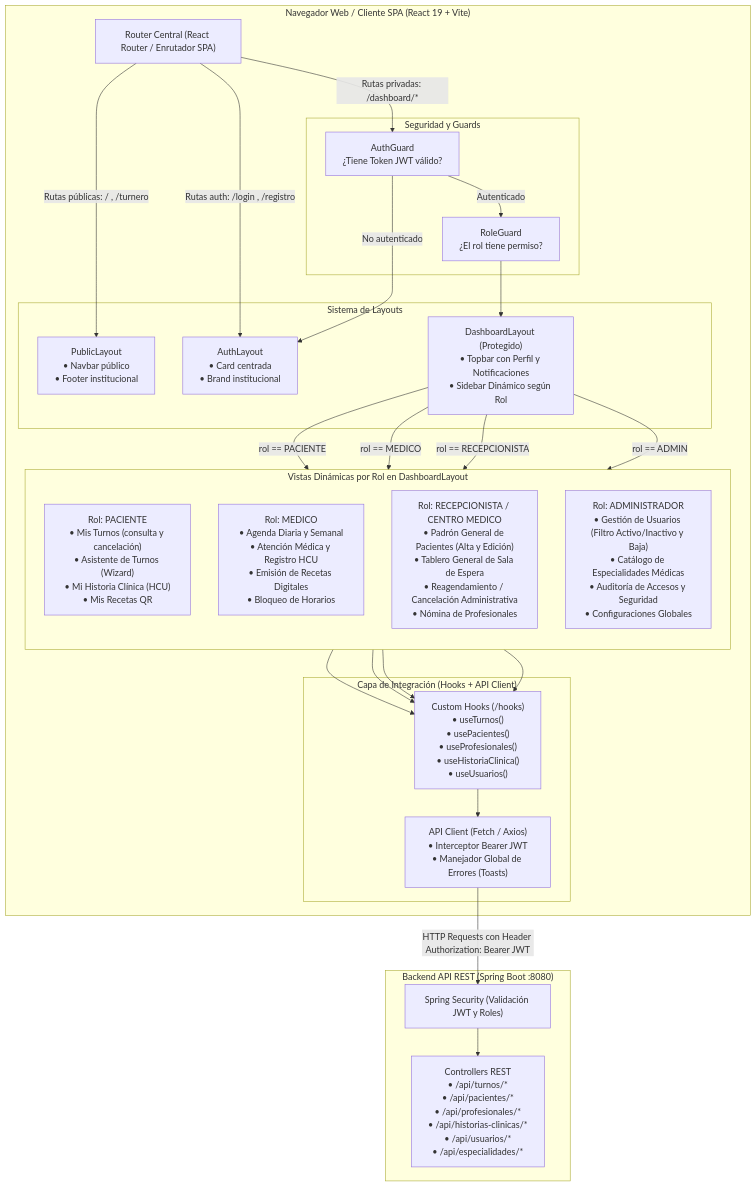
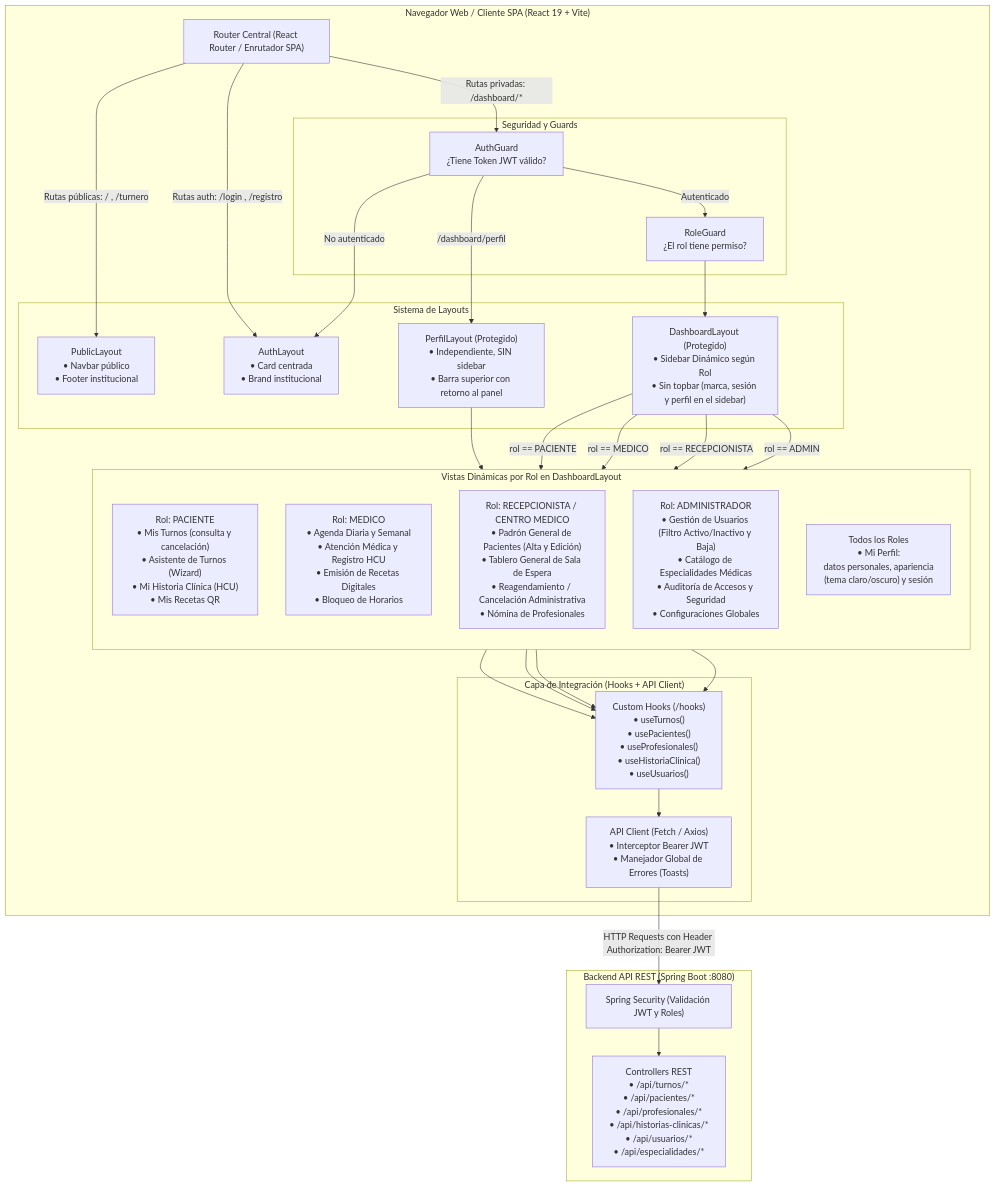
Before and after one commit to RicardoCejas/Esu-Frontend: the first of 2 diagrams in docs/architecture/FRONTEND_RBAC_ARCHITECTURE.md, drawn with Mermaid. The commit also changed other lines of this file and 1 other file, not shown here.

````diff
--- a/docs/architecture/FRONTEND_RBAC_ARCHITECTURE.md
+++ b/docs/architecture/FRONTEND_RBAC_ARCHITECTURE.md
@@ -9,58 +9,63 @@
 ```mermaid
 flowchart TD
     subgraph Client["Navegador Web / Cliente SPA (React 19 + Vite)"]
         Router["Router Central (React Router / Enrutador SPA)"]
 
         subgraph Layouts["Sistema de Layouts"]
             PublicL["PublicLayout<br/>• Navbar público<br/>• Footer institucional"]
             AuthL["AuthLayout<br/>• Card centrada<br/>• Brand institucional"]
-            DashL["DashboardLayout (Protegido)<br/>• Topbar con Perfil y Notificaciones<br/>• Sidebar Dinámico según Rol"]
+            DashL["DashboardLayout (Protegido)<br/>• Sidebar Dinámico según Rol<br/>• Sin topbar (marca, sesión y perfil en el sidebar)"]
+            PerfilL["PerfilLayout (Protegido)<br/>• Independiente, SIN sidebar<br/>• Barra superior con retorno al panel"]
         end
 
         subgraph Guards["Seguridad y Guards"]
             AuthGuard["AuthGuard<br/>¿Tiene Token JWT válido?"]
             RoleGuard["RoleGuard<br/>¿El rol tiene permiso?"]
         end
 
         subgraph RoleViews["Vistas Dinámicas por Rol en DashboardLayout"]
             direction TB
             PacViews["Rol: PACIENTE<br/>• Mis Turnos (consulta y cancelación)<br/>• Asistente de Turnos (Wizard)<br/>• Mi Historia Clínica (HCU)<br/>• Mis Recetas QR"]
             MedViews["Rol: MEDICO<br/>• Agenda Diaria y Semanal<br/>• Atención Médica y Registro HCU<br/>• Emisión de Recetas Digitales<br/>• Bloqueo de Horarios"]
             RecViews["Rol: RECEPCIONISTA / CENTRO MEDICO<br/>• Padrón General de Pacientes (Alta y Edición)<br/>• Tablero General de Sala de Espera<br/>• Reagendamiento / Cancelación Administrativa<br/>• Nómina de Profesionales"]
             AdmViews["Rol: ADMINISTRADOR<br/>• Gestión de Usuarios (Filtro Activo/Inactivo y Baja)<br/>• Catálogo de Especialidades Médicas<br/>• Auditoría de Accesos y Seguridad<br/>• Configuraciones Globales"]
+            PerfilView["Todos los Roles<br/>• Mi Perfil:<br/>datos personales, apariencia<br/>(tema claro/oscuro) y sesión"]
         end
 
         subgraph DataLayer["Capa de Integración (Hooks + API Client)"]
             Hooks["Custom Hooks (/hooks)<br/>• useTurnos()<br/>• usePacientes()<br/>• useProfesionales()<br/>• useHistoriaClinica()<br/>• useUsuarios()"]
             ClientHttp["API Client (Fetch / Axios)<br/>• Interceptor Bearer JWT<br/>• Manejador Global de Errores (Toasts)"]
         end
     end
 
     subgraph BackendAPI["Backend API REST (Spring Boot :8080)"]
         Endpoints["Controllers REST<br/>• /api/turnos/*<br/>• /api/pacientes/*<br/>• /api/profesionales/*<br/>• /api/historias-clinicas/*<br/>• /api/usuarios/*<br/>• /api/especialidades/*"]
         Security["Spring Security (Validación JWT y Roles)"]
     end
 
     %% Flujos de Navegación
     Router -->|Rutas públicas: / , /turnero| PublicL
     Router -->|Rutas auth: /login , /registro| AuthL
     Router -->|Rutas privadas: /dashboard/*| AuthGuard
 
     AuthGuard -->|No autenticado| AuthL
+    AuthGuard -->|/dashboard/perfil| PerfilL
     AuthGuard -->|Autenticado| RoleGuard
+
+    PerfilL --> PerfilView
 
     RoleGuard --> DashL
     DashL -->|rol == PACIENTE| PacViews
     DashL -->|rol == MEDICO| MedViews
     DashL -->|rol == RECEPCIONISTA| RecViews
     DashL -->|rol == ADMIN| AdmViews
 
     PacViews --> Hooks
     MedViews --> Hooks
     RecViews --> Hooks
     AdmViews --> Hooks
 
     Hooks --> ClientHttp
     ClientHttp -->|HTTP Requests con Header Authorization: Bearer JWT| Security
     Security --> Endpoints
 ```
````
